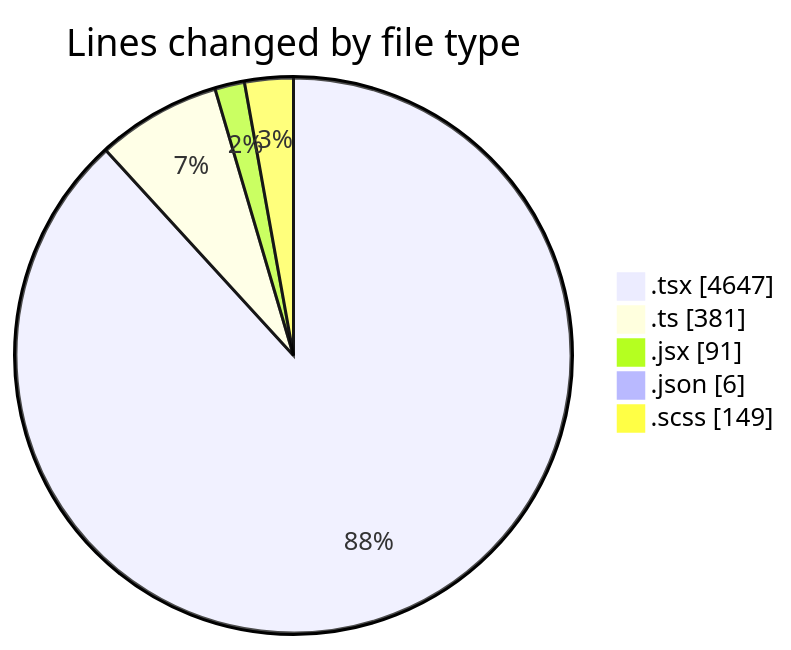
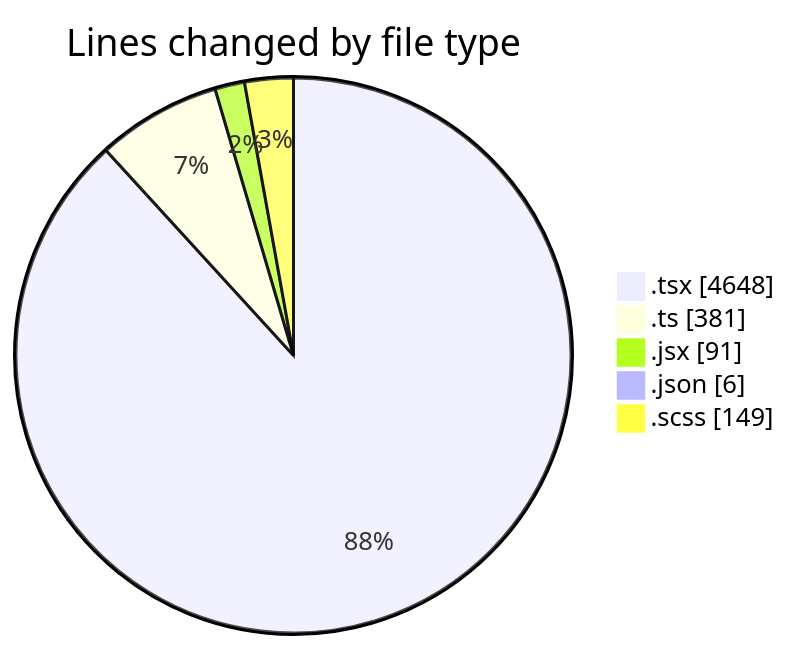
The first of 2 diagrams in 2026-04-27/cda/README.md (momahboobian/code-tracking), drawn with Mermaid before and after one commit. The commit also changed other lines of this file and 1 other file, not shown here.

````diff
--- a/2026-04-27/cda/README.md
+++ b/2026-04-27/cda/README.md
@@ -41,9 +41,9 @@
 ```mermaid
 pie showData
 title Lines changed by file type
-".tsx" : 4647
+".tsx" : 4648
 ".ts" : 381
 ".jsx" : 91
 ".json" : 6
 ".scss" : 149
 ```
````
